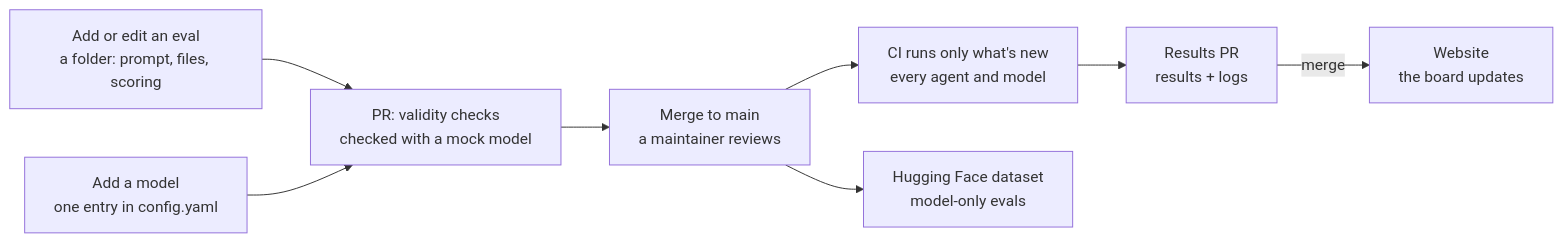
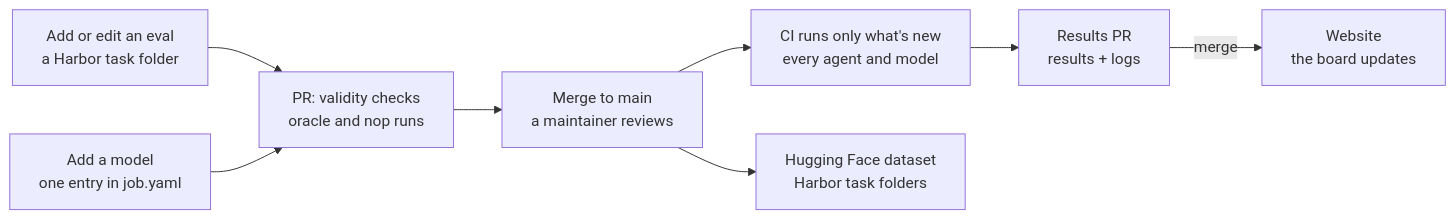
Before and after one commit to BuidlGuidl/ethevals: the diagram in README.md, drawn with Mermaid. The commit also changed other lines of this file and 131 other files, not shown here.

````diff
--- a/README.md
+++ b/README.md
@@ -17,10 +17,10 @@
 ```mermaid
 flowchart LR
-	eval["Add or edit an eval<br/>a folder: prompt, files, scoring"] --> pr["PR: validity checks<br/>checked with a mock model"]
-	model["Add a model<br/>one entry in config.yaml"] --> pr
+	eval["Add or edit an eval<br/>a Harbor task folder"] --> pr["PR: validity checks<br/>oracle and nop runs"]
+	model["Add a model<br/>one entry in job.yaml"] --> pr
 	pr --> merge["Merge to main<br/>a maintainer reviews"]
 	merge --> ci["CI runs only what's new<br/>every agent and model"]
 	ci --> results["Results PR<br/>results + logs"]
 	results -- merge --> site["Website<br/>the board updates"]
-	merge --> hf["Hugging Face dataset<br/>model-only evals"]
+	merge --> hf["Hugging Face dataset<br/>Harbor task folders"]
 ```
````
